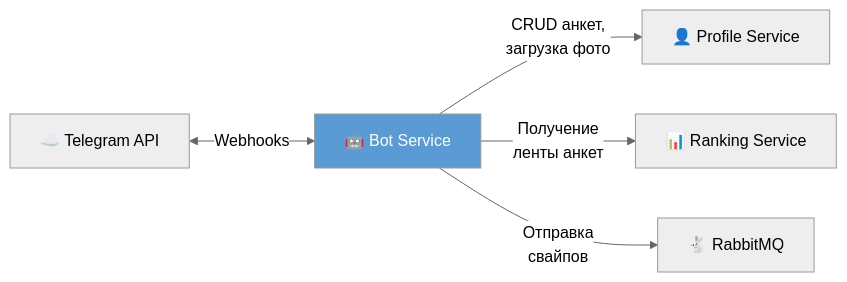
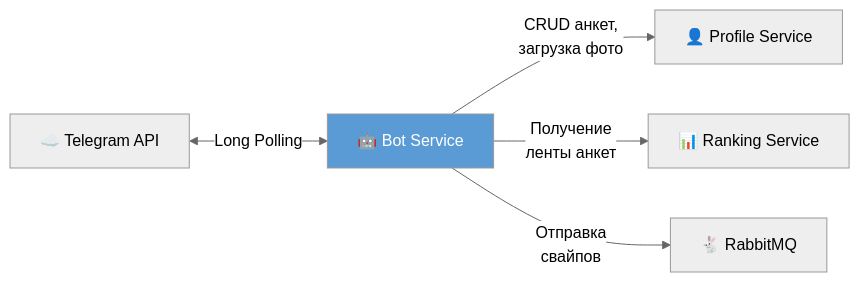
The second of 8 diagrams in docs/services.md (UsachovaUlyana/ulsu), drawn with Mermaid (neutral theme) before and after one commit. The commit also changed other lines of this file and 184 other files, not shown here.

````diff
--- a/docs/services.md
+++ b/docs/services.md
@@ -56,15 +60,15 @@
 ```mermaid
 graph LR
     TG["☁️ Telegram API"]
     BOT["🤖 Bot Service"]
     PROF["👤 Profile Service"]
     RANK["📊 Ranking Service"]
     RMQ["🐇 RabbitMQ"]
 
-    TG <-->|"Webhooks"| BOT
+    TG <-->|"Long Polling"| BOT
     BOT -->|"CRUD анкет,<br/>загрузка фото"| PROF
     BOT -->|"Получение<br/>ленты анкет"| RANK
     BOT -->|"Отправка<br/>свайпов"| RMQ
 
     style BOT fill:#5b9bd5,color:#fff
 ```
````
